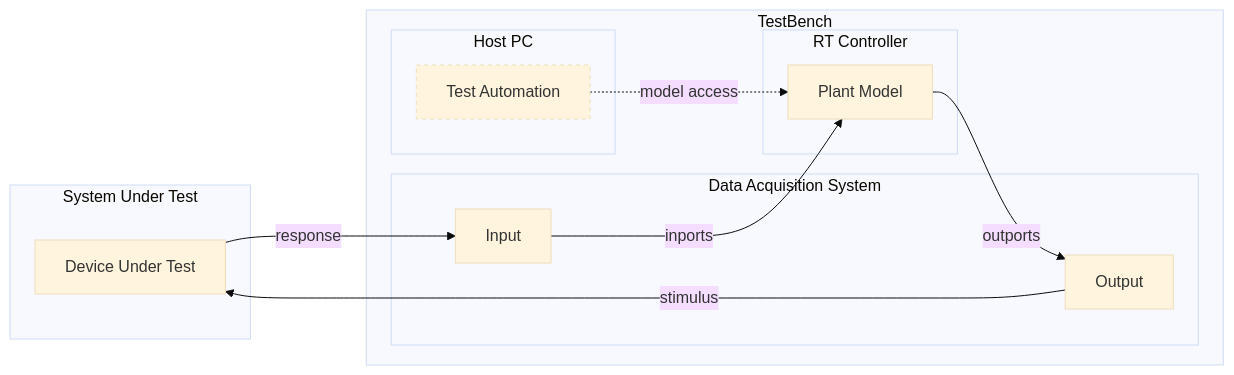
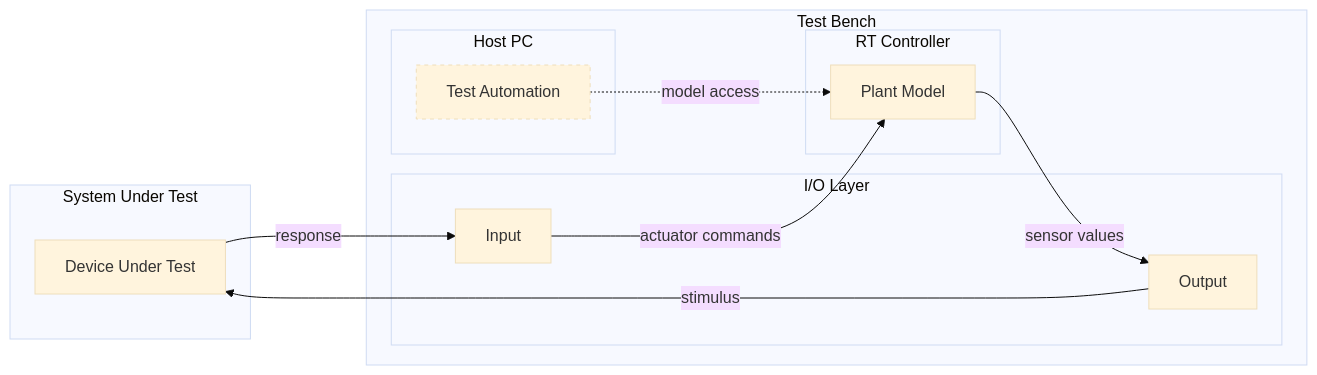
Before and after one commit to aliaro-ab/hil-fundamentals: the diagram in what-a-hil-test-bench-is.md, drawn with Mermaid (base theme). The commit also changed other lines of this file and 48 other files, not shown here.

````diff
--- a/what-a-hil-test-bench-is.md
+++ b/what-a-hil-test-bench-is.md
@@ -24,24 +24,23 @@
 ```mermaid
 flowchart LR
     subgraph SUT["System Under Test"]
         DUT["Device Under Test"]
     end
 
-    subgraph TB["TestBench"]
+    subgraph TB["Test Bench"]
         subgraph RTC["RT Controller"]
             PLANT["Plant Model"]
         end
-		subgraph DAQ["Data Acquisition System"]
-        	DAQ_IN["Input"]
-            DAQ_OUT["Output"]
+        subgraph IO["I/O Layer"]
+            IO_IN["Input"]
+            IO_OUT["Output"]
         end
         subgraph HOST["Host PC"]
             TEST["Test Automation"]
         end
     end
-    DUT -- response --> DAQ_IN -- inports --> PLANT -- outports --> DAQ_OUT -- stimulus --> DUT
+    DUT -- response --> IO_IN -- "actuator commands" --> PLANT -- "sensor values" --> IO_OUT -- stimulus --> DUT
     TEST -. model access .-> PLANT
 
     style TEST stroke-dasharray: 4 4
-    
 ```
````
